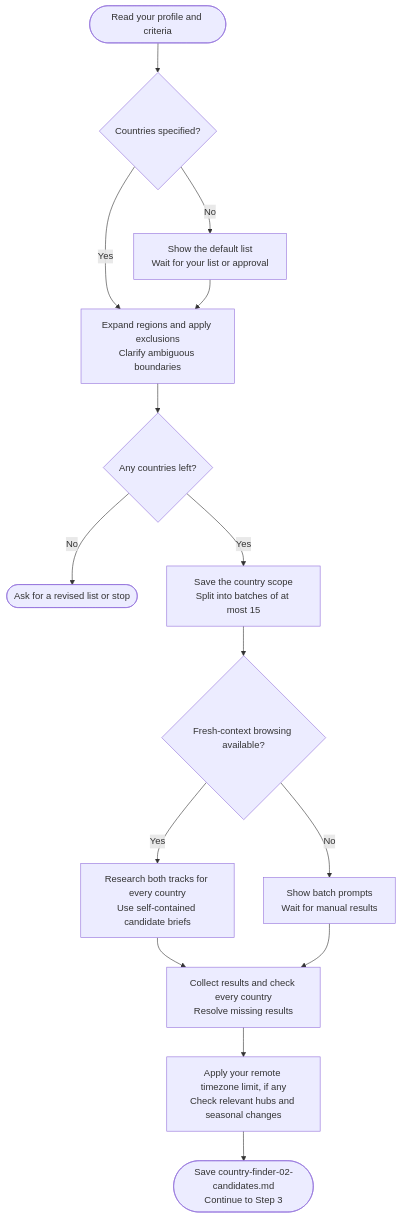
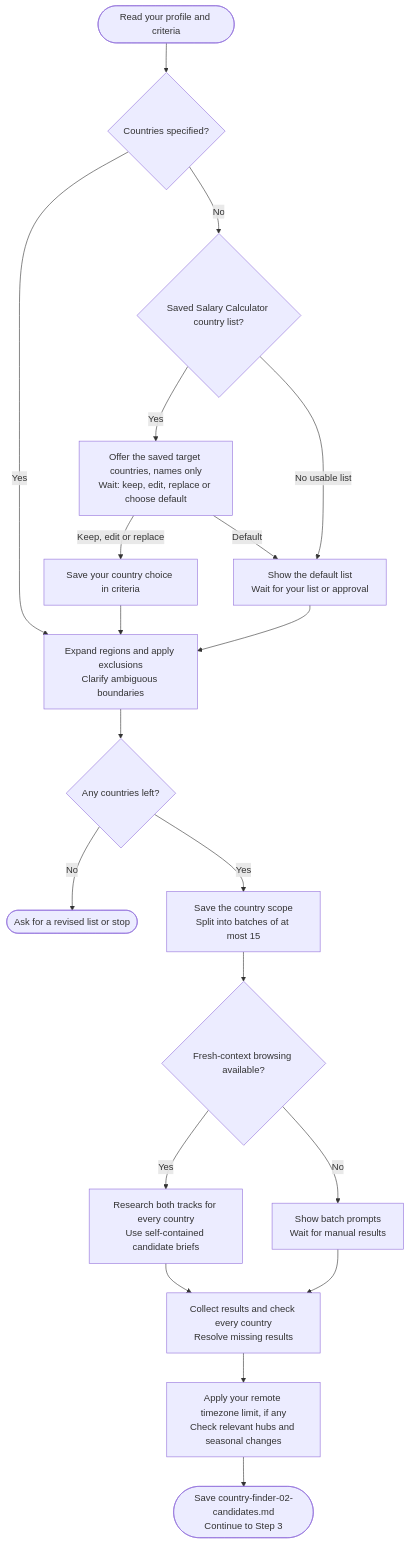
The diagram in docs/commands/country-finder/step2-country-discovery.md (myowinthein/agent-compass), drawn with Mermaid before and after one commit. The commit also changed other lines of this file and 19 other files, not shown here.

Commit message:
feat(country-finder): reuse salary countries in Country Finder

````diff
--- a/docs/commands/country-finder/step2-country-discovery.md
+++ b/docs/commands/country-finder/step2-country-discovery.md
@@ -14,17 +14,22 @@
 ```mermaid
 flowchart TD
   Start(["Read your profile and criteria"]) --> List{"Countries specified?"}
   List -->|Yes| Scope["Expand regions and apply exclusions<br/>Clarify ambiguous boundaries"]
-  List -->|No| Default["Show the default list<br/>Wait for your list or approval"]
+  List -->|No| Salary{"Saved Salary Calculator country list?"}
+  Salary -->|Yes| Offer["Offer the saved target countries, names only<br/>Wait: keep, edit, replace or choose default"]
+  Offer -->|Keep, edit or replace| Confirm["Save your country choice in criteria"]
+  Confirm --> Scope
+  Offer -->|Default| Default["Show the default list<br/>Wait for your list or approval"]
+  Salary -->|No usable list| Default
   Default --> Scope
   Scope --> Empty{"Any countries left?"}
   Empty -->|No| Revise(["Ask for a revised list or stop"])
   Empty -->|Yes| Batch["Save the country scope<br/>Split into batches of at most 15"]
   Batch --> Cap{"Fresh-context browsing available?"}
   Cap -->|Yes| Research["Research both tracks for every country<br/>Use self-contained candidate briefs"]
   Cap -->|No| Manual["Show batch prompts<br/>Wait for manual results"]
   Research --> Coverage["Collect results and check every country<br/>Resolve missing results"]
   Manual --> Coverage
   Coverage --> TZ["Apply your remote timezone limit, if any<br/>Check relevant hubs and seasonal changes"]
   TZ --> Save(["Save country-finder-02-candidates.md<br/>Continue to Step 3"])
 ```
````
